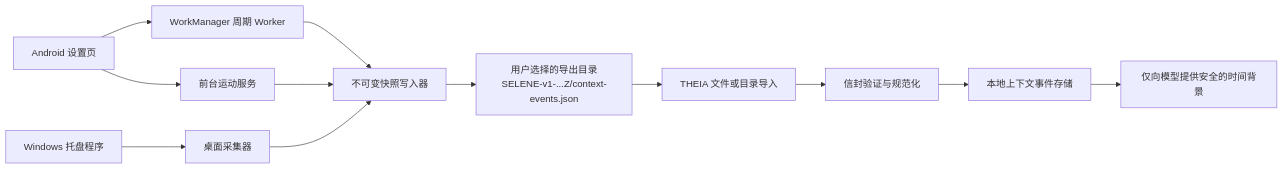
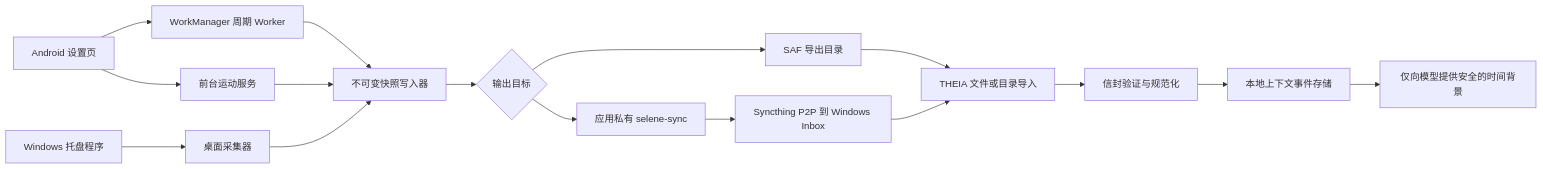
One commit to bakahuiii/SELENE changed the first of 3 diagrams in docs/DEVELOPER_GUIDE.zh-CN.md. Above: the diagram before and after it, drawn with Mermaid. The commit also changed other lines of this file and 54 other files, not shown here.

````diff
--- a/docs/DEVELOPER_GUIDE.zh-CN.md
+++ b/docs/DEVELOPER_GUIDE.zh-CN.md
@@ -55,14 +60,18 @@
 ```mermaid
 flowchart LR
   A["Android 设置页"] --> B["WorkManager 周期 Worker"]
   A --> C["前台运动服务"]
   D["Windows 托盘程序"] --> E["桌面采集器"]
   B --> F["不可变快照写入器"]
   C --> F
   E --> F
-  F --> G["用户选择的导出目录\nSELENE-v1-...Z/context-events.json"]
-  G --> H["THEIA 文件或目录导入"]
+  F --> G{"输出目标"}
+  G --> G1["SAF 导出目录"]
+  G --> G2["应用私有 selene-sync"]
+  G2 --> G3["Syncthing P2P 到 Windows Inbox"]
+  G1 --> H["THEIA 文件或目录导入"]
+  G3 --> H
   H --> I["信封验证与规范化"]
   I --> J["本地上下文事件存储"]
   J --> K["仅向模型提供安全的时间背景"]
 ```
````
